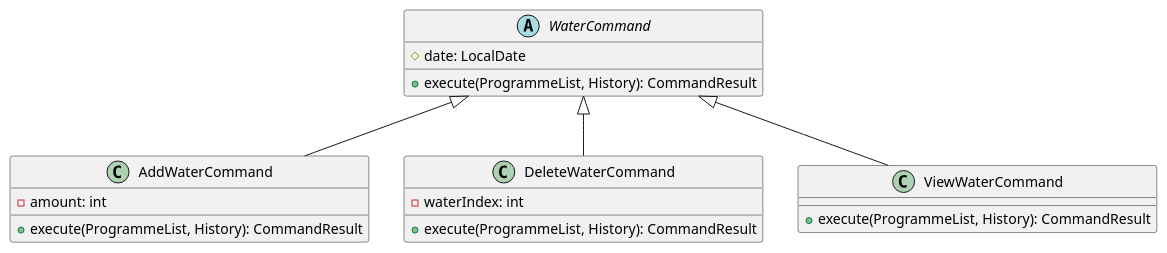
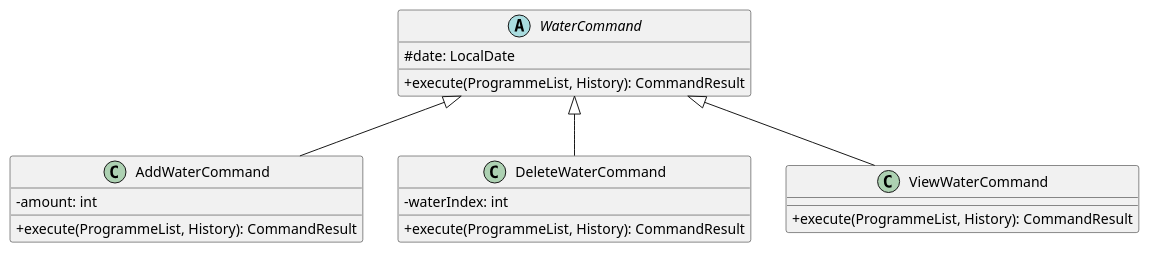
The diagram in docs/diagrams/waterCommandSummary.puml (nus-cs2113-AY2425S1/tp), drawn with PlantUML before and after one commit. The commit also changed 14 other files, not shown here.

```diff
--- a/docs/diagrams/waterCommandSummary.puml
+++ b/docs/diagrams/waterCommandSummary.puml
@@ -1,26 +1,26 @@
 @startuml
-
+skinparam classAttributeIconSize 0
 abstract class WaterCommand {
     # date: LocalDate
     + execute(ProgrammeList, History): CommandResult
 }
 
 class AddWaterCommand {
-    - amount: int
+    -amount: int
     + execute(ProgrammeList, History): CommandResult
 }
 
 class DeleteWaterCommand {
     - waterIndex: int
     + execute(ProgrammeList, History): CommandResult
 }
 
 class ViewWaterCommand {
     + execute(ProgrammeList, History): CommandResult
 }
 
 WaterCommand <|-- AddWaterCommand
 WaterCommand <|-- DeleteWaterCommand
 WaterCommand <|-- ViewWaterCommand
 
 @enduml
```
